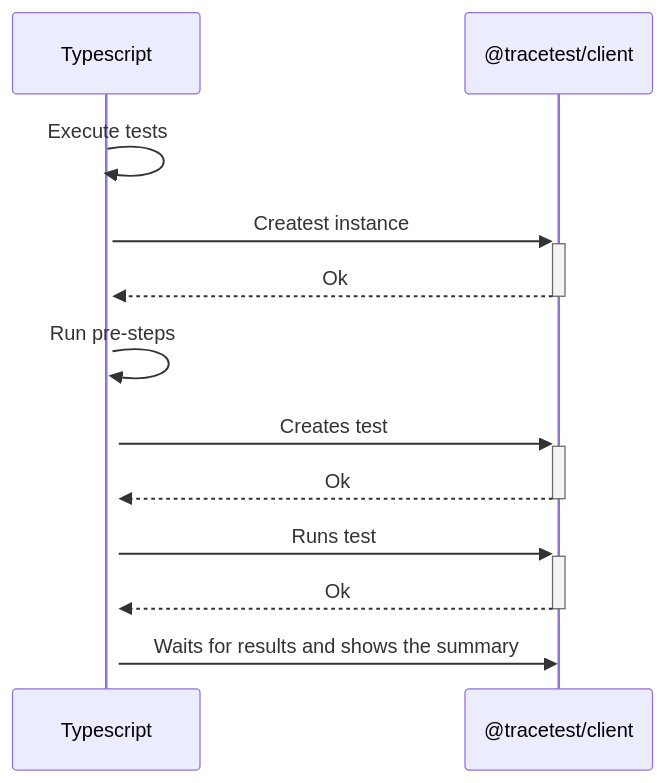
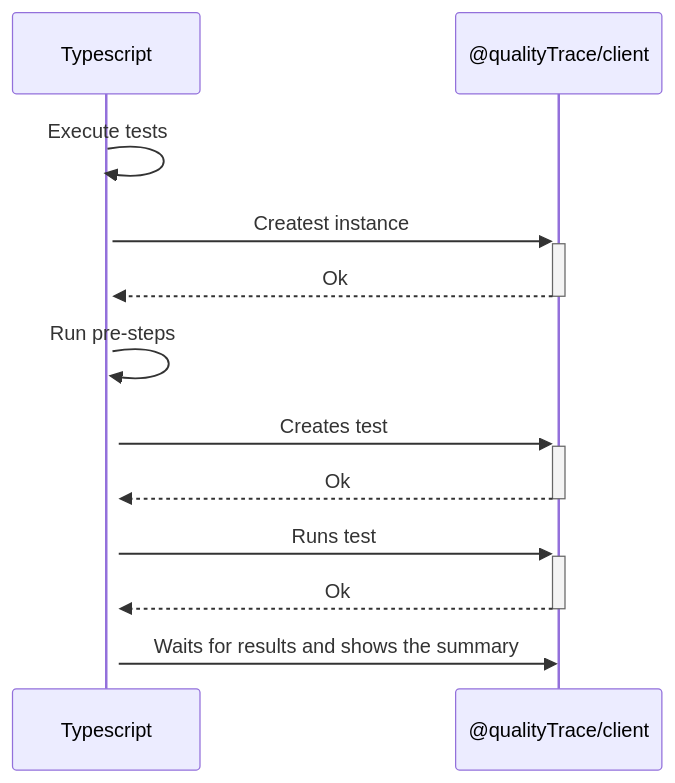
One commit to intelops/qualitytrace changed the diagram in docs/docs/tools-and-integrations/typescript.mdx. Above: the diagram before and after it, drawn with Mermaid. The commit also changed other lines of this file and 485 other files, not shown here.

Commit message:
changing tracetest to qualityTrace

````diff
--- a/docs/docs/tools-and-integrations/typescript.mdx
+++ b/docs/docs/tools-and-integrations/typescript.mdx
@@ -45,12 +45,12 @@
 ```mermaid
 sequenceDiagram
   Typescript->>+Typescript: Execute tests
-  Typescript->>+@tracetest/client: Createst instance
-  @tracetest/client-->>-Typescript: Ok
+  Typescript->>+@qualityTrace/client: Createst instance
+  @qualityTrace/client-->>-Typescript: Ok
   Typescript->>+Typescript: Run pre-steps
-  Typescript->>+@tracetest/client: Creates test
-  @tracetest/client-->>-Typescript: Ok
-  Typescript->>+@tracetest/client: Runs test
-  @tracetest/client-->>-Typescript: Ok
-  Typescript->>@tracetest/client: Waits for results and shows the summary
+  Typescript->>+@qualityTrace/client: Creates test
+  @qualityTrace/client-->>-Typescript: Ok
+  Typescript->>+@qualityTrace/client: Runs test
+  @qualityTrace/client-->>-Typescript: Ok
+  Typescript->>@qualityTrace/client: Waits for results and shows the summary
 ```
````
